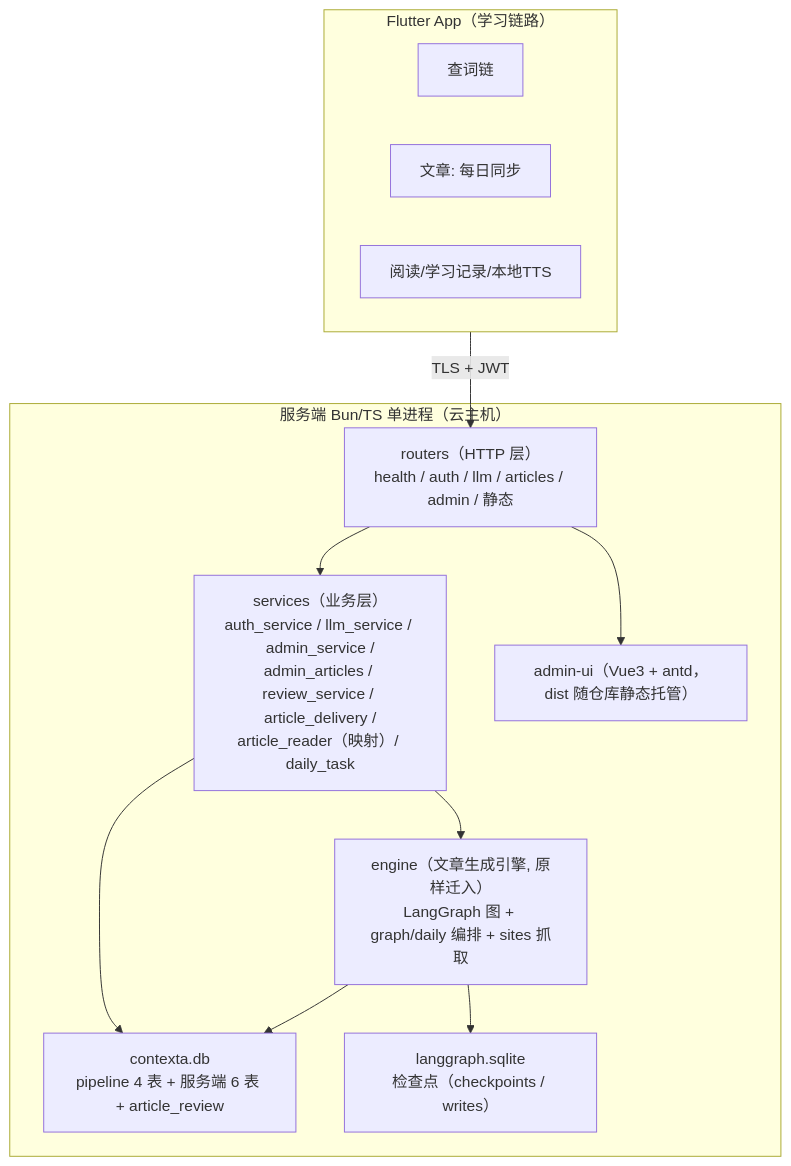
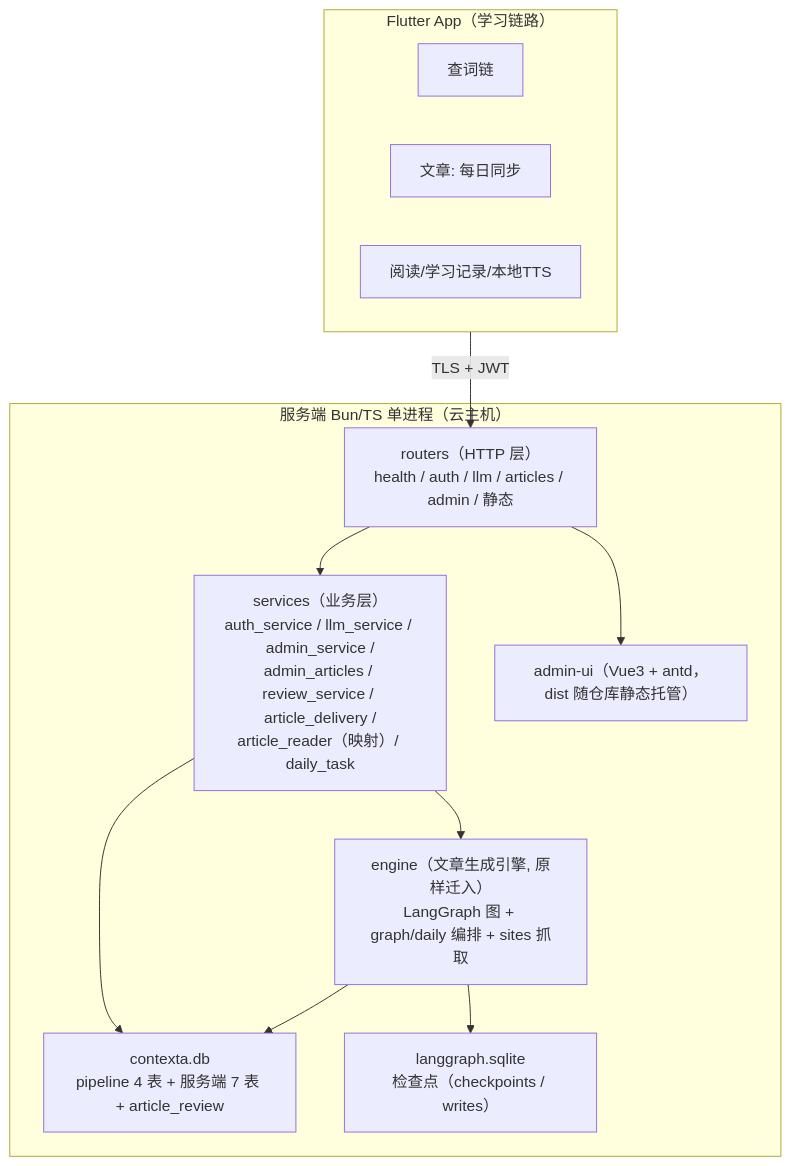
Before and after one commit to kindywu/contexta: the first of 5 diagrams in impl/server/docs/architecture.md, drawn with Mermaid. The commit also changed other lines of this file and 34 other files, not shown here.

````diff
--- a/impl/server/docs/architecture.md
+++ b/impl/server/docs/architecture.md
@@ -9,25 +9,25 @@
 ```mermaid
 flowchart TB
     subgraph app["Flutter App（学习链路）"]
         A1["查词链"]
         A2["文章: 每日同步"]
         A3["阅读/学习记录/本地TTS"]
     end
 
     subgraph server["服务端 Bun/TS 单进程（云主机）"]
         R["routers（HTTP 层）<br/>health / auth / llm / articles / admin / 静态"]
         S["services（业务层）<br/>auth_service / llm_service / admin_service /<br/>admin_articles / review_service / article_delivery /<br/>article_reader（映射）/ daily_task"]
         E["engine（文章生成引擎, 原样迁入）<br/>LangGraph 图 + graph/daily 编排 + sites 抓取"]
-        DB["contexta.db<br/>pipeline 4 表 + 服务端 6 表 + article_review"]
+        DB["contexta.db<br/>pipeline 4 表 + 服务端 7 表 + article_review"]
         CP["langgraph.sqlite<br/>检查点（checkpoints / writes）"]
         UI["admin-ui（Vue3 + antd，dist 随仓库静态托管）"]
     end
 
     app -- "TLS + JWT" --> R
     R --> S
     S --> E
     S --> DB
     E --> DB
     E --> CP
     R --> UI
 ```
````
